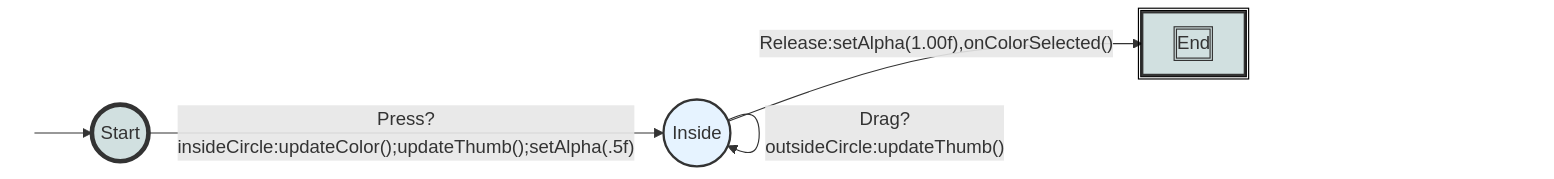
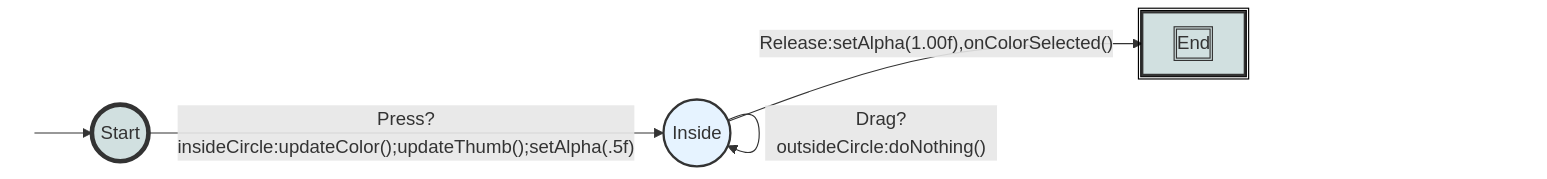
The diagram in assignments/colorpicker.md (jmankoff/interaction), drawn with Mermaid before and after one commit.

Commit message:
changed state diagram to do nothing when outside circle

```diff
--- a/assignments/colorpicker.md
+++ b/assignments/colorpicker.md
@@ -120,19 +120,19 @@
 <div class="mermaid">
 graph LR
 S((.)) --> A((Start))
 A -- "Press?insideCircle:updateColor();updateThumb();setAlpha(.5f)" --> I((Inside))
 I -- "Release:setAlpha(1.00f),onColorSelected()" --> E[End]
 I -- "Drag?insideCircle:updateColor();updateThumb()" --> I
-I -- "Drag?outsideCircle:updateThumb()" --> I
+I -- "Drag?outsideCircle:doNothing()" --> I
 
 classDef finish outline-style:double,fill:#d1e0e0,stroke:#333,stroke-width:2px;
 classDef normal fill:#e6f3ff,stroke:#333,stroke-width:2px;
 classDef start fill:#d1e0e0,stroke:#333,stroke-width:4px;
 classDef invisible fill:#FFFFFF,stroke:#FFFFFF,color:#FFFFFF
 
 class S invisible
 class A start
 class E finish
 class I normal
 
 </div>
```
